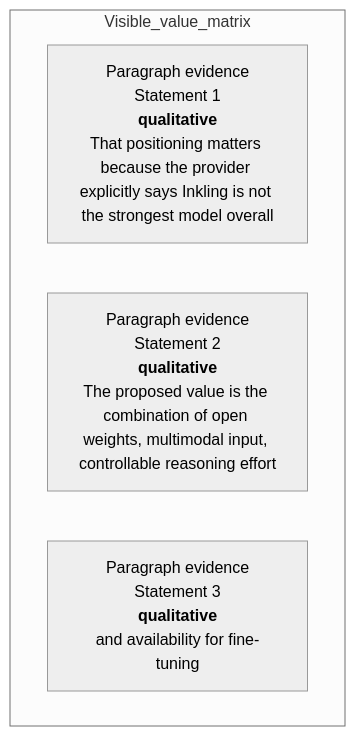
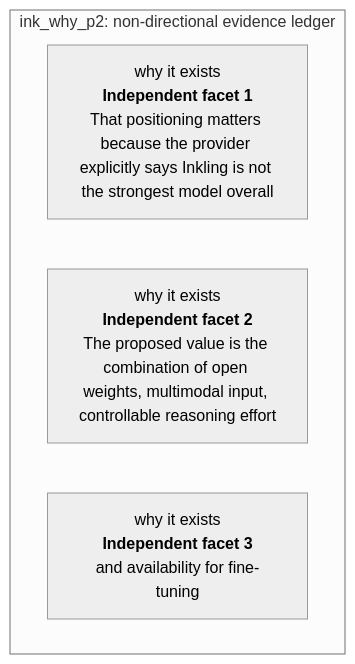
The fifth of 57 diagrams in docs/visual-manifests/VISUAL_MANIFEST_INKLING.md (Betancourt1/paper_atlas), drawn with Mermaid (neutral theme) before and after one commit. The commit also changed other lines of this file and 7 other files, not shown here.

````diff
--- a/docs/visual-manifests/VISUAL_MANIFEST_INKLING.md
+++ b/docs/visual-manifests/VISUAL_MANIFEST_INKLING.md
@@ -356,8 +359,8 @@
 ```mermaid
 flowchart TB
-  subgraph Visible_value_matrix
-    r1["Paragraph evidence<br/>Statement 1<br/><b>qualitative</b><br/>That positioning matters because the provider explicitly says Inkling is not the strongest model overall"]
-    r2["Paragraph evidence<br/>Statement 2<br/><b>qualitative</b><br/>The proposed value is the combination of open weights, multimodal input, controllable reasoning effort"]
-    r3["Paragraph evidence<br/>Statement 3<br/><b>qualitative</b><br/>and availability for fine-tuning"]
+  subgraph Ledger["ink_why_p2: non-directional evidence ledger"]
+    r1["why it exists<br/><b>Independent facet 1</b><br/>That positioning matters because the provider explicitly says Inkling is not the strongest model overall"]
+    r2["why it exists<br/><b>Independent facet 2</b><br/>The proposed value is the combination of open weights, multimodal input, controllable reasoning effort"]
+    r3["why it exists<br/><b>Independent facet 3</b><br/>and availability for fine-tuning"]
   end
 ```
````
